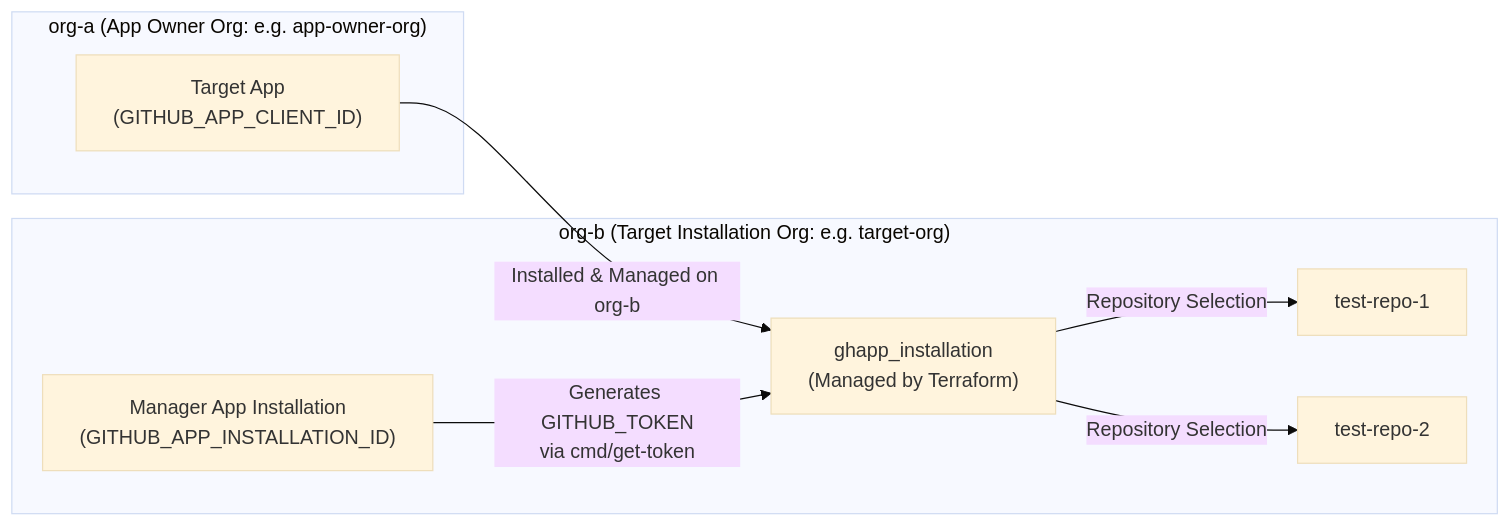
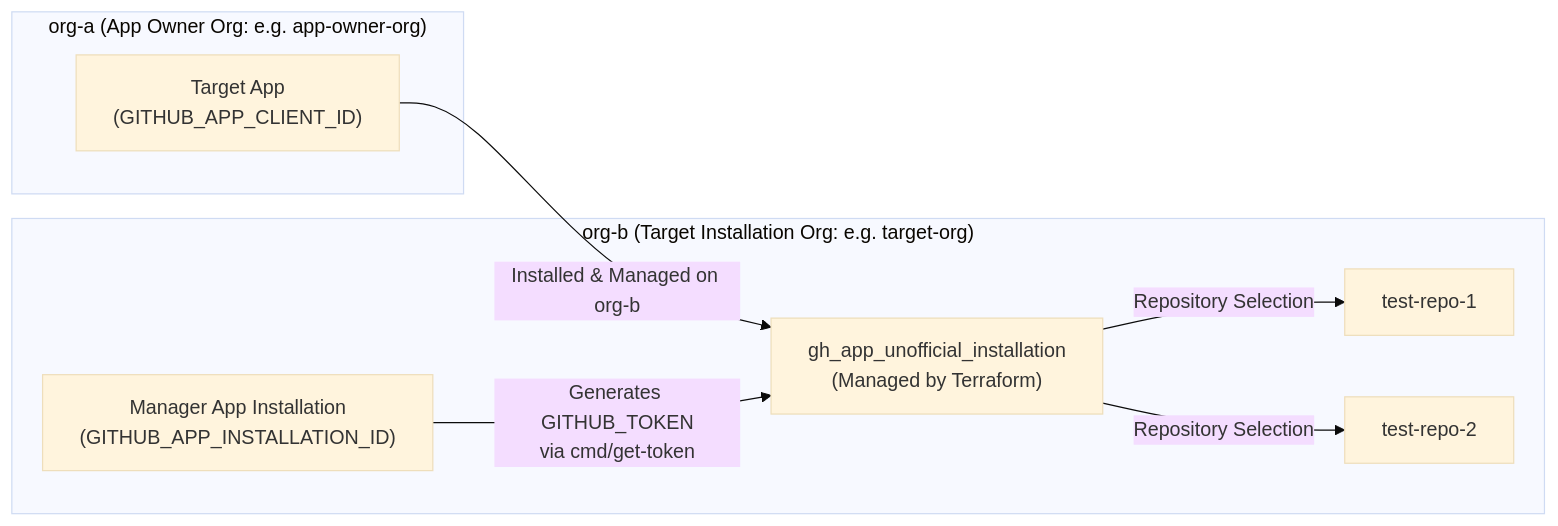
Before and after one commit to google/terraform-provider-gh-app-unofficial: the diagram in DEVELOPMENT.md, drawn with Mermaid (base theme). The commit also changed other lines of this file and 15 other files, not shown here.

````diff
--- a/DEVELOPMENT.md
+++ b/DEVELOPMENT.md
@@ -30,18 +30,18 @@
 ```mermaid
 graph LR
     subgraph ORG_A ["org-a (App Owner Org: e.g. app-owner-org)"]
         T_APP["Target App<br/>(GITHUB_APP_CLIENT_ID)"]
     end
 
     subgraph ORG_B ["org-b (Target Installation Org: e.g. target-org)"]
-        INST["ghapp_installation<br/>(Managed by Terraform)"]
+        INST["gh_app_unofficial_installation<br/>(Managed by Terraform)"]
         TR1["test-repo-1"]
         TR2["test-repo-2"]
         M_INST["Manager App Installation<br/>(GITHUB_APP_INSTALLATION_ID)"]
     end
 
     T_APP -->|"Installed & Managed on org-b"| INST
     INST -->|"Repository Selection"| TR1
     INST -->|"Repository Selection"| TR2
     M_INST -->|"Generates GITHUB_TOKEN<br/>via cmd/get-token"| INST
 ```
````
